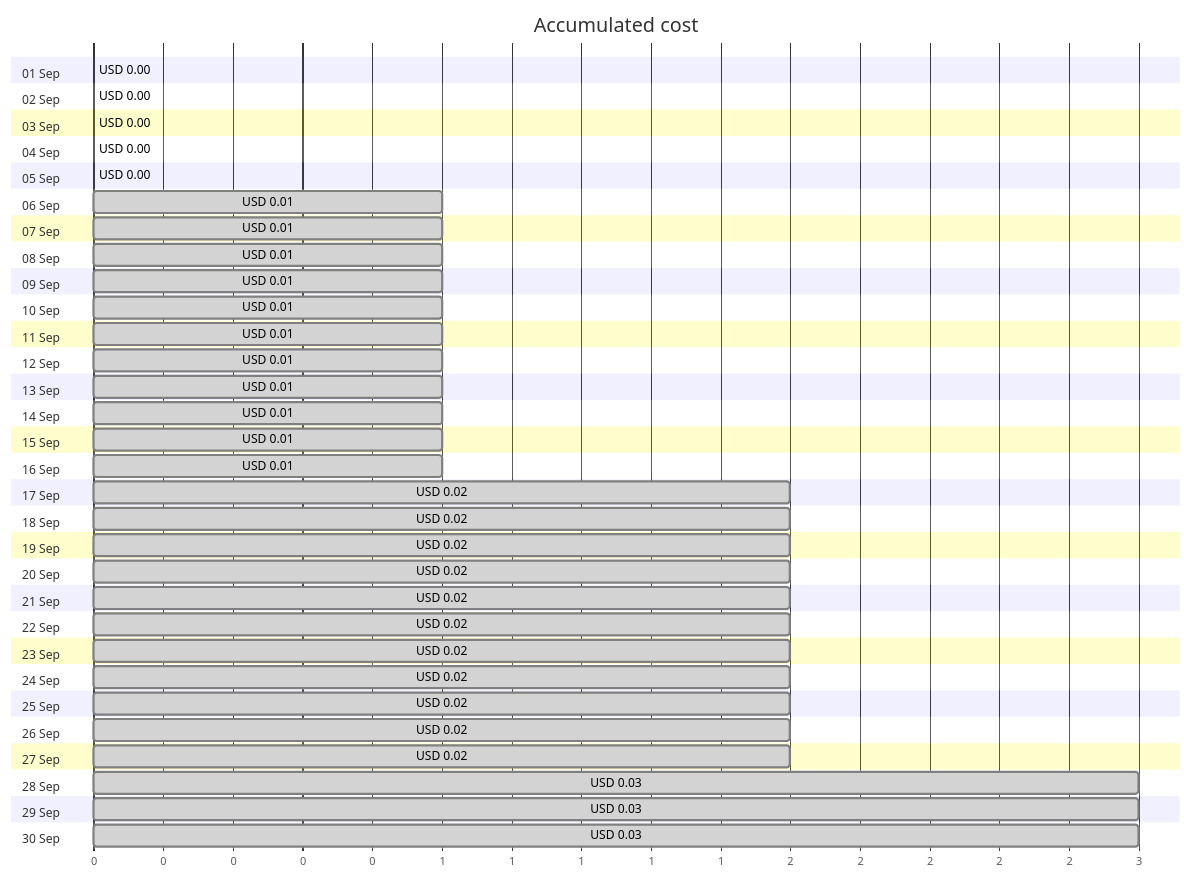
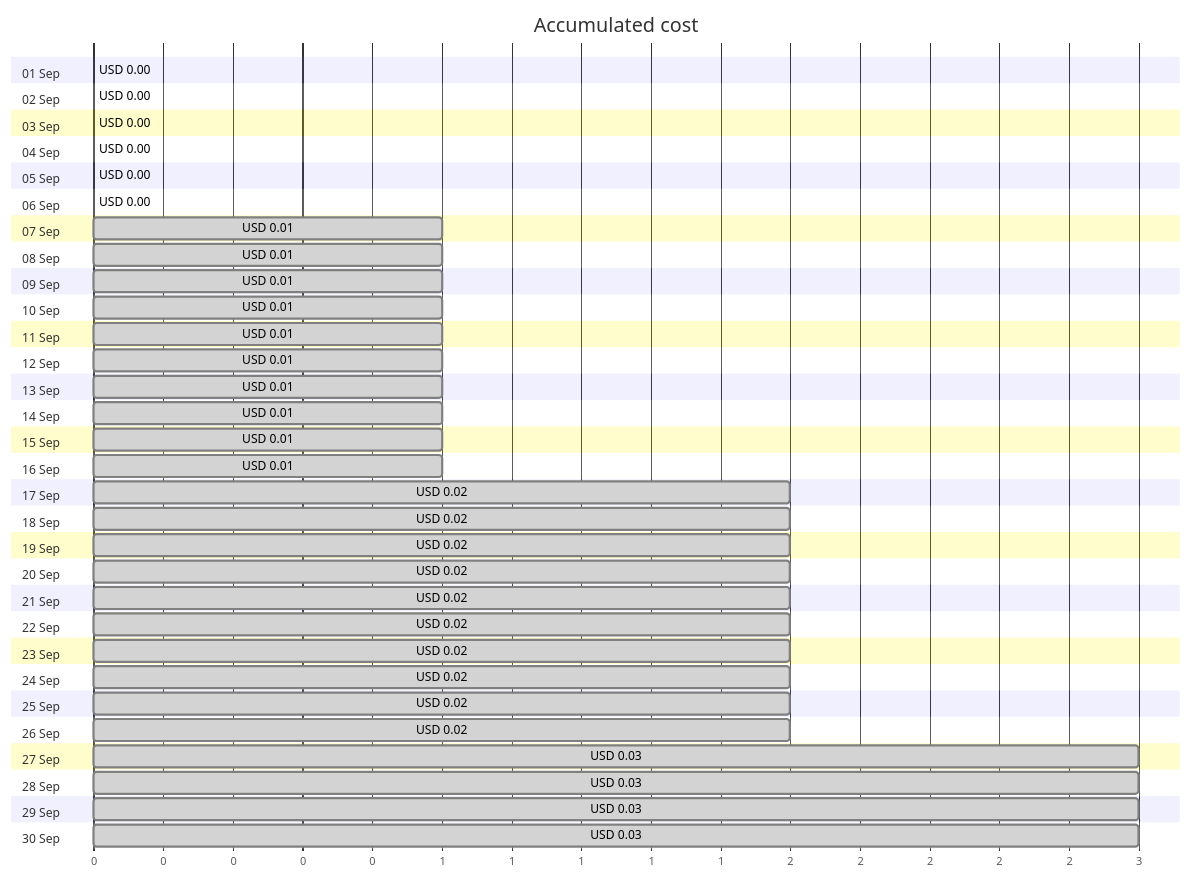
Before and after one commit to jpfulton/azure-personal-reports: the first of 4 diagrams in cost-reports/personal-site/personalsiteapistorage.md, drawn with Mermaid. The commit also changed other lines of this file and 6 other files, not shown here.

````diff
--- a/cost-reports/personal-site/personalsiteapistorage.md
+++ b/cost-reports/personal-site/personalsiteapistorage.md
@@ -20,66 +20,66 @@
 ```mermaid
 gantt
    title Accumulated cost
    dateFormat  X
    axisFormat %s
    section 01 Sep
    USD 0.00 :0, 0
    section 02 Sep
-   USD 0.00 : done, 0, 0
+   USD 0.00 :0, 0
    section 03 Sep
    USD 0.00 : done, 0, 0
    section 04 Sep
    USD 0.00 : done, 0, 0
    section 05 Sep
    USD 0.00 : done, 0, 0
    section 06 Sep
-   USD 0.01 : done, 0, 1
+   USD 0.00 : done, 0, 0
    section 07 Sep
    USD 0.01 : done, 0, 1
    section 08 Sep
    USD 0.01 : done, 0, 1
    section 09 Sep
    USD 0.01 : done, 0, 1
    section 10 Sep
    USD 0.01 : done, 0, 1
    section 11 Sep
    USD 0.01 : done, 0, 1
    section 12 Sep
    USD 0.01 : done, 0, 1
    section 13 Sep
    USD 0.01 : done, 0, 1
    section 14 Sep
    USD 0.01 : done, 0, 1
    section 15 Sep
    USD 0.01 : done, 0, 1
    section 16 Sep
    USD 0.01 : done, 0, 1
    section 17 Sep
    USD 0.02 : done, 0, 2
    section 18 Sep
    USD 0.02 : done, 0, 2
    section 19 Sep
    USD 0.02 : done, 0, 2
    section 20 Sep
    USD 0.02 : done, 0, 2
    section 21 Sep
    USD 0.02 : done, 0, 2
    section 22 Sep
    USD 0.02 : done, 0, 2
    section 23 Sep
    USD 0.02 : done, 0, 2
    section 24 Sep
    USD 0.02 : done, 0, 2
    section 25 Sep
    USD 0.02 : done, 0, 2
    section 26 Sep
    USD 0.02 : done, 0, 2
    section 27 Sep
-   USD 0.02 : done, 0, 2
+   USD 0.03 : done, 0, 3
    section 28 Sep
    USD 0.03 : done, 0, 3
    section 29 Sep
    USD 0.03 : done, 0, 3
    section 30 Sep
    USD 0.03 : done, 0, 3
 ```
````
